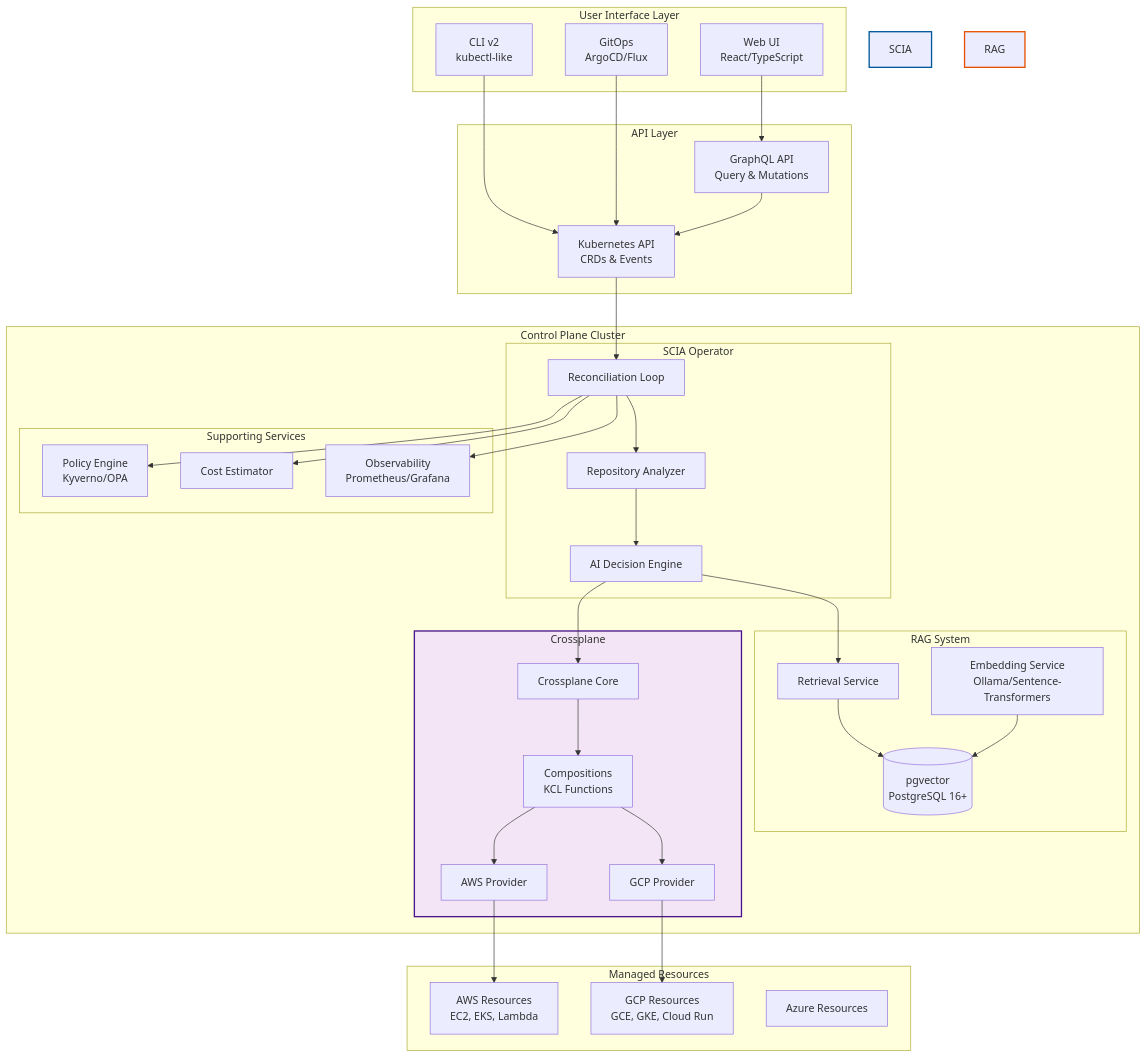
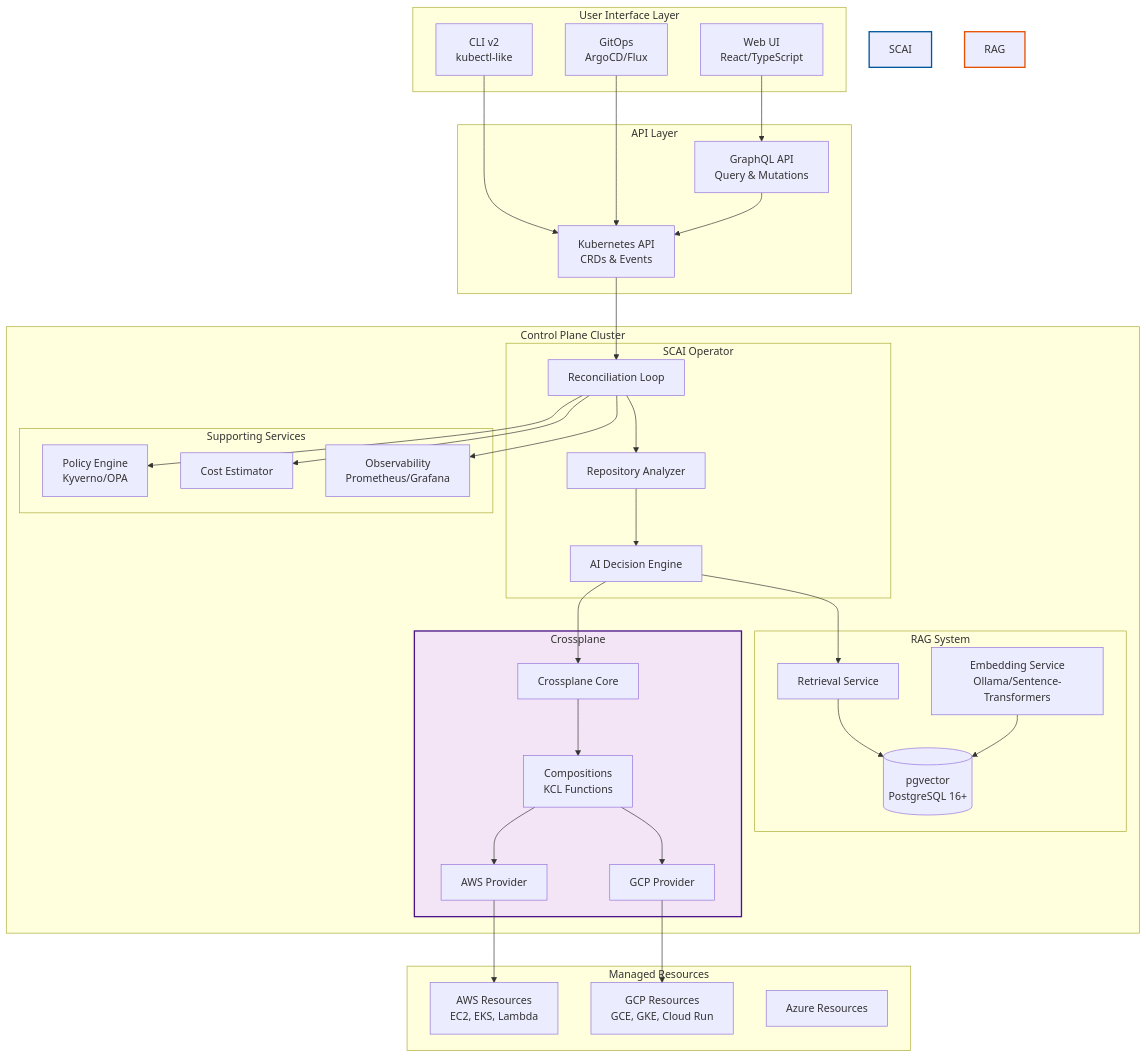
Before and after one commit to Smana/scai: the diagram in docs/ARCHITECTURE_V2.md, drawn with Mermaid. The commit also changed other lines of this file and 38 other files, not shown here.

First line of the commit message:
refactor: rename project from scia to scai

````diff
--- a/docs/ARCHITECTURE_V2.md
+++ b/docs/ARCHITECTURE_V2.md
@@ -110,74 +110,74 @@
 ```mermaid
 graph TB
     subgraph "User Interface Layer"
         UI[Web UI<br/>React/TypeScript]
         CLI[CLI v2<br/>kubectl-like]
         GitOps[GitOps<br/>ArgoCD/Flux]
     end
 
     subgraph "API Layer"
         GraphQL[GraphQL API<br/>Query & Mutations]
         K8sAPI[Kubernetes API<br/>CRDs & Events]
     end
 
     subgraph "Control Plane Cluster"
-        subgraph "SCIA Operator"
+        subgraph "SCAI Operator"
             Reconciler[Reconciliation Loop]
             Analyzer[Repository Analyzer]
             DecisionEngine[AI Decision Engine]
         end
 
         subgraph "RAG System"
             Embedder[Embedding Service<br/>Ollama/Sentence-Transformers]
             PgVector[(pgvector<br/>PostgreSQL 16+)]
             Retriever[Retrieval Service]
         end
 
         subgraph "Crossplane"
             XPCore[Crossplane Core]
             Compositions[Compositions<br/>KCL Functions]
             AWSProv[AWS Provider]
             GCPProv[GCP Provider]
         end
 
         subgraph "Supporting Services"
             PolicyEngine[Policy Engine<br/>Kyverno/OPA]
             CostEstimator[Cost Estimator]
             Observability[Observability<br/>Prometheus/Grafana]
         end
     end
 
     subgraph "Managed Resources"
         AWS[AWS Resources<br/>EC2, EKS, Lambda]
         GCP[GCP Resources<br/>GCE, GKE, Cloud Run]
         Azure[Azure Resources]
     end
 
     UI --> GraphQL
     CLI --> K8sAPI
     GitOps --> K8sAPI
     GraphQL --> K8sAPI
 
     K8sAPI --> Reconciler
     Reconciler --> Analyzer
     Analyzer --> DecisionEngine
     DecisionEngine --> Retriever
     Retriever --> PgVector
     Embedder --> PgVector
 
     DecisionEngine --> XPCore
     XPCore --> Compositions
     Compositions --> AWSProv
     Compositions --> GCPProv
 
     AWSProv --> AWS
     GCPProv --> GCP
 
     Reconciler --> PolicyEngine
     Reconciler --> CostEstimator
     Reconciler --> Observability
 
-    style SCIA Operator fill:#e1f5ff,stroke:#01579b,stroke-width:2px
+    style SCAI Operator fill:#e1f5ff,stroke:#01579b,stroke-width:2px
     style RAG System fill:#fff3e0,stroke:#e65100,stroke-width:2px
     style Crossplane fill:#f3e5f5,stroke:#4a148c,stroke-width:2px
 ```
````
